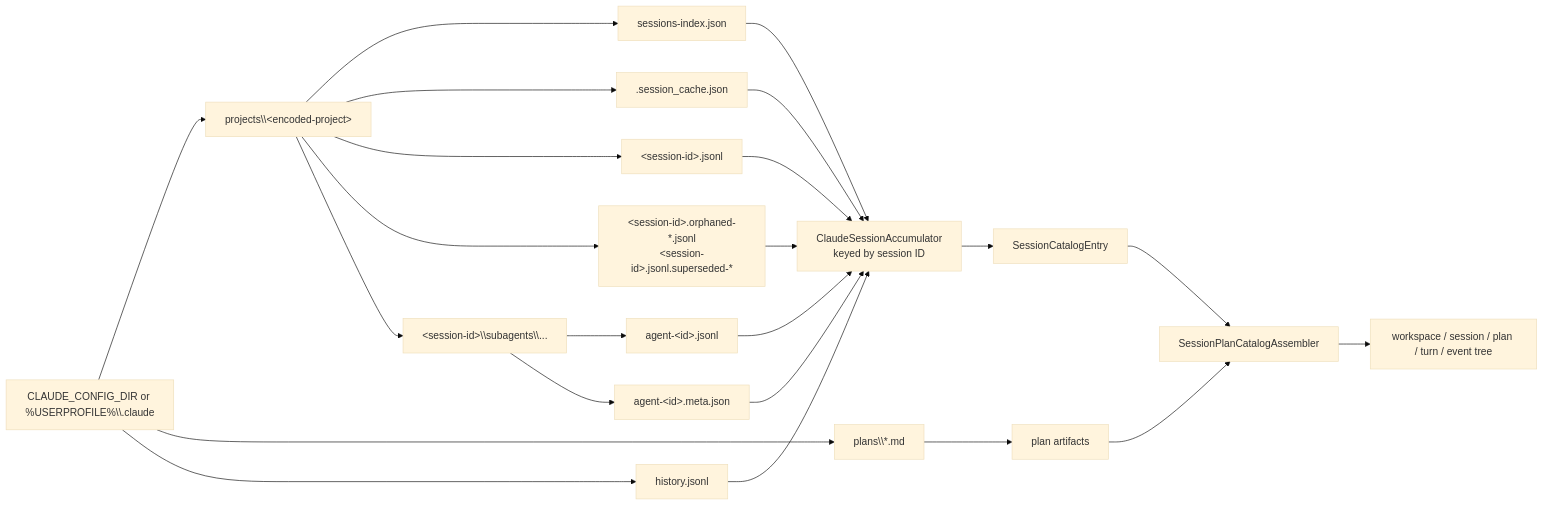
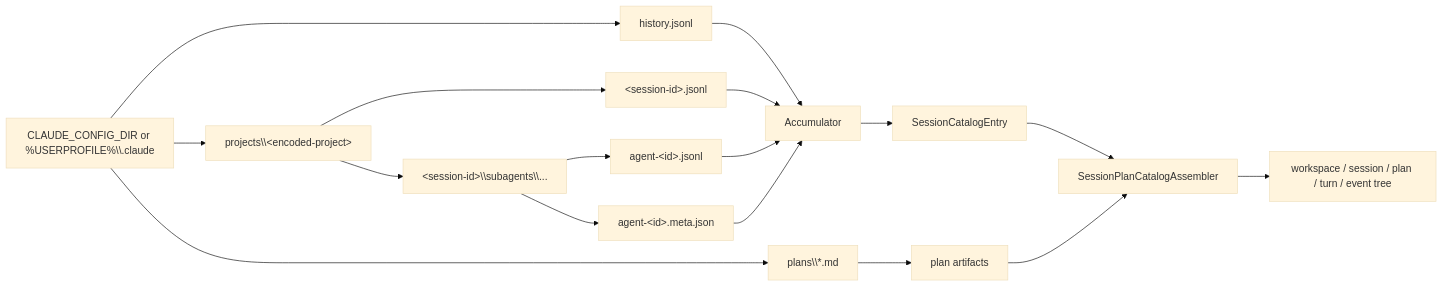
One commit to chrisnas/HarnessSpy changed the first of 4 diagrams in docs/session_claude.md. Above: the diagram before and after it, drawn with Mermaid (base theme). The commit also changed other lines of this file and 4 other files, not shown here.

````diff
--- a/docs/session_claude.md
+++ b/docs/session_claude.md
@@ -31,26 +27,20 @@
 ```mermaid
 flowchart LR
     Config["CLAUDE_CONFIG_DIR or %USERPROFILE%\\.claude"] --> Projects["projects\\&lt;encoded-project&gt;"]
     Config --> Plans["plans\\*.md"]
     Config --> History["history.jsonl"]
-    Projects --> Index["sessions-index.json"]
-    Projects --> Cache[".session_cache.json"]
     Projects --> Main["&lt;session-id&gt;.jsonl"]
-    Projects --> Recovery["&lt;session-id&gt;.orphaned-*.jsonl<br/>&lt;session-id&gt;.jsonl.superseded-*"]
     Projects --> SessionDir["&lt;session-id&gt;\\subagents\\..."]
     SessionDir --> AgentLog["agent-&lt;id&gt;.jsonl"]
     SessionDir --> AgentMeta["agent-&lt;id&gt;.meta.json"]
 
-    Index --> Accumulator["ClaudeSessionAccumulator<br/>keyed by session ID"]
-    Cache --> Accumulator
     History --> Accumulator
     Main --> Accumulator
-    Recovery --> Accumulator
     AgentLog --> Accumulator
     AgentMeta --> Accumulator
     Plans --> PlanFragment["plan artifacts"]
     Accumulator --> Entry["SessionCatalogEntry"]
     Entry --> PlanAssembler["SessionPlanCatalogAssembler"]
     PlanFragment --> PlanAssembler
     PlanAssembler --> Tree["workspace / session / plan / turn / event tree"]
 ```
````
